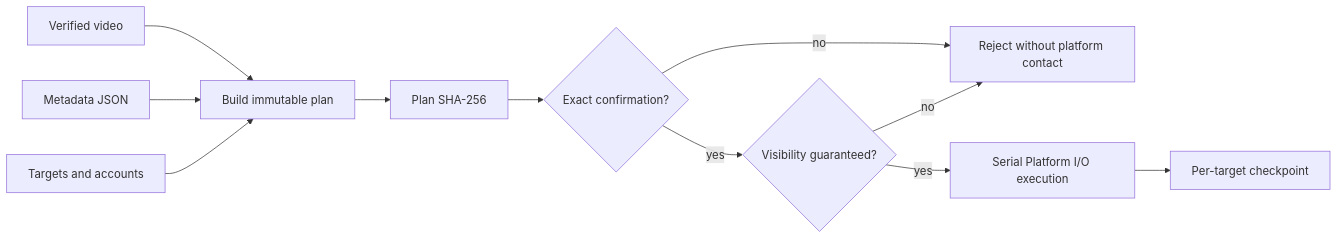
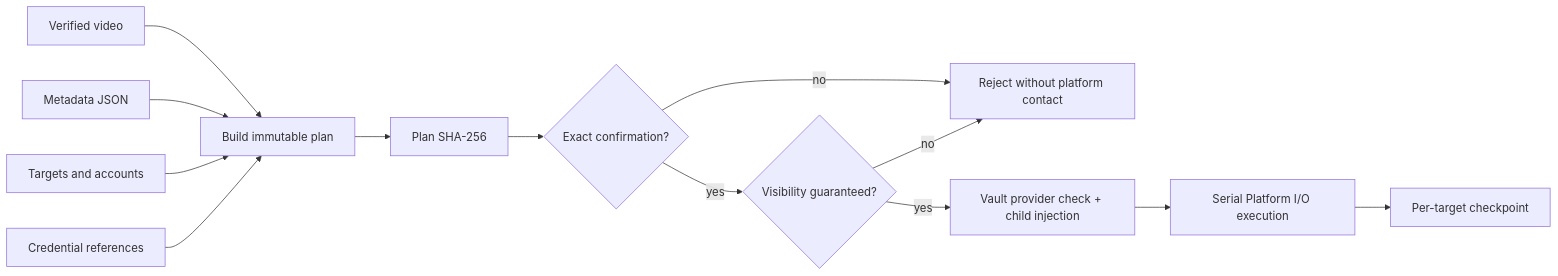
The diagram in docs/mvp/publication/capability-dag.md (wohuishuo/cc-video-pipeline), drawn with Mermaid before and after one commit. The commit also changed other lines of this file and 35 other files, not shown here.

````diff
--- a/docs/mvp/publication/capability-dag.md
+++ b/docs/mvp/publication/capability-dag.md
@@ -3,13 +3,15 @@
 ```mermaid
 flowchart LR
     V["Verified video"] --> P["Build immutable plan"]
     M["Metadata JSON"] --> P
     T["Targets and accounts"] --> P
+    R0["Credential references"] --> P
     P --> H["Plan SHA-256"]
     H --> C{"Exact confirmation?"}
     C -->|no| R["Reject without platform contact"]
     C -->|yes| G{"Visibility guaranteed?"}
     G -->|no| R
-    G -->|yes| E["Serial Platform I/O execution"]
+    G -->|yes| V0["Vault provider check + child injection"]
+    V0 --> E["Serial Platform I/O execution"]
     E --> K["Per-target checkpoint"]
 ```
````
